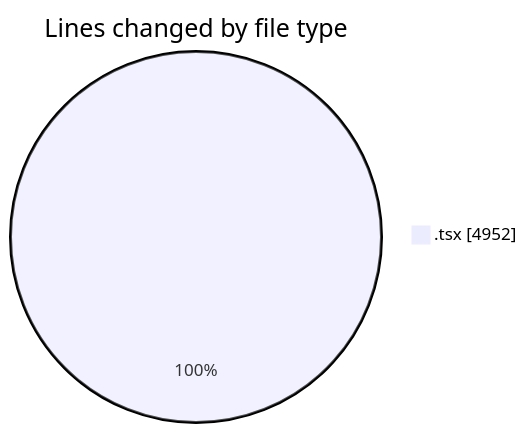
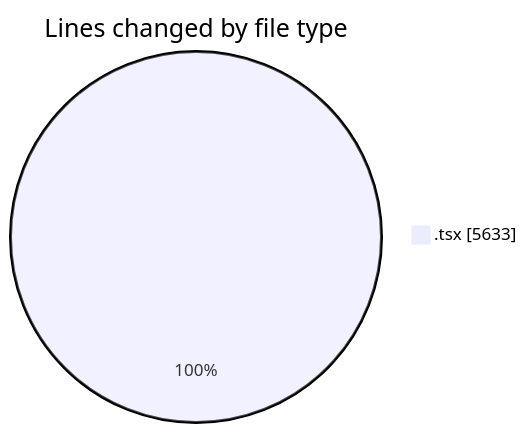
Before and after one commit to nxtqubesakshisongat/code-tracking: the first of 2 diagrams in 2026-07-24/nxtqube_webapp/README.md, drawn with Mermaid. The commit also changed other lines of this file and 1 other file, not shown here.

````diff
--- a/2026-07-24/nxtqube_webapp/README.md
+++ b/2026-07-24/nxtqube_webapp/README.md
@@ -27,5 +28,5 @@
 ```mermaid
 pie showData
 title Lines changed by file type
-".tsx" : 4952
+".tsx" : 5633
 ```
````
